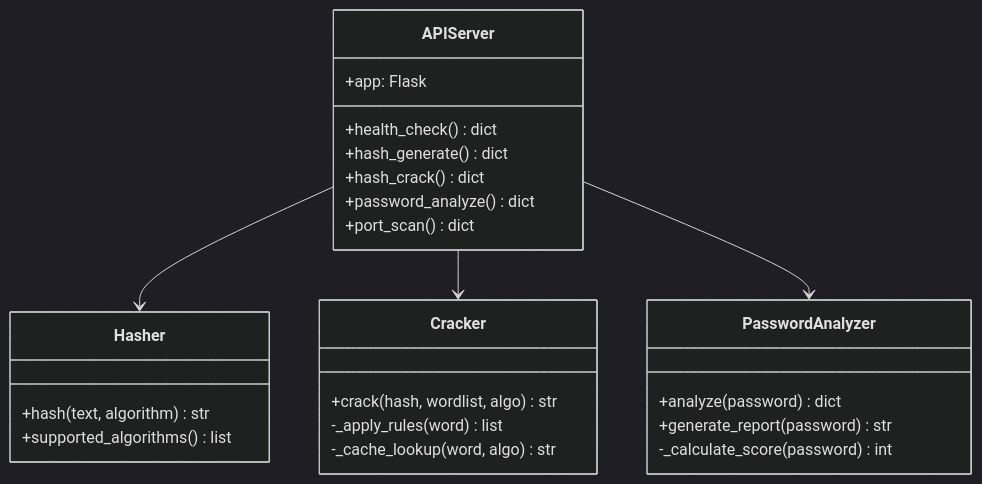
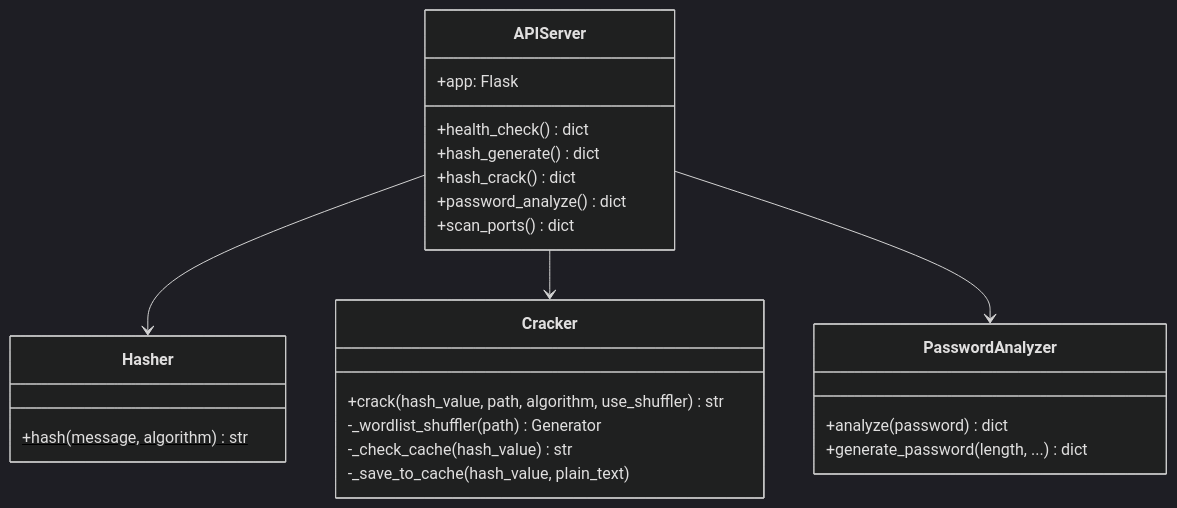
Before and after one commit to Mr-Robotiko/Gilfi: the second of 10 diagrams in README.md, drawn with Mermaid (dark theme). The commit also changed other lines of this file, not shown here.

````diff
--- a/README.md
+++ b/README.md
@@ -242,32 +228,31 @@
 ```mermaid
 classDiagram
     class APIServer {
         +app: Flask
         +health_check() dict
         +hash_generate() dict
         +hash_crack() dict
         +password_analyze() dict
-        +port_scan() dict
+        +scan_ports() dict
     }
     
     class Hasher {
-        +hash(text, algorithm) str
-        +supported_algorithms() list
+        +hash(message, algorithm)$ str
     }
     
     class Cracker {
-        +crack(hash, wordlist, algo) str
-        -_apply_rules(word) list
-        -_cache_lookup(word, algo) str
+        +crack(hash_value, path, algorithm, use_shuffler) str
+        -_wordlist_shuffler(path) Generator
+        -_check_cache(hash_value) str
+        -_save_to_cache(hash_value, plain_text)
     }
     
     class PasswordAnalyzer {
         +analyze(password) dict
-        +generate_report(password) str
-        -_calculate_score(password) int
+        +generate_password(length, ...) dict
     }
     
     APIServer --> Hasher
     APIServer --> Cracker
     APIServer --> PasswordAnalyzer
 ```
````
